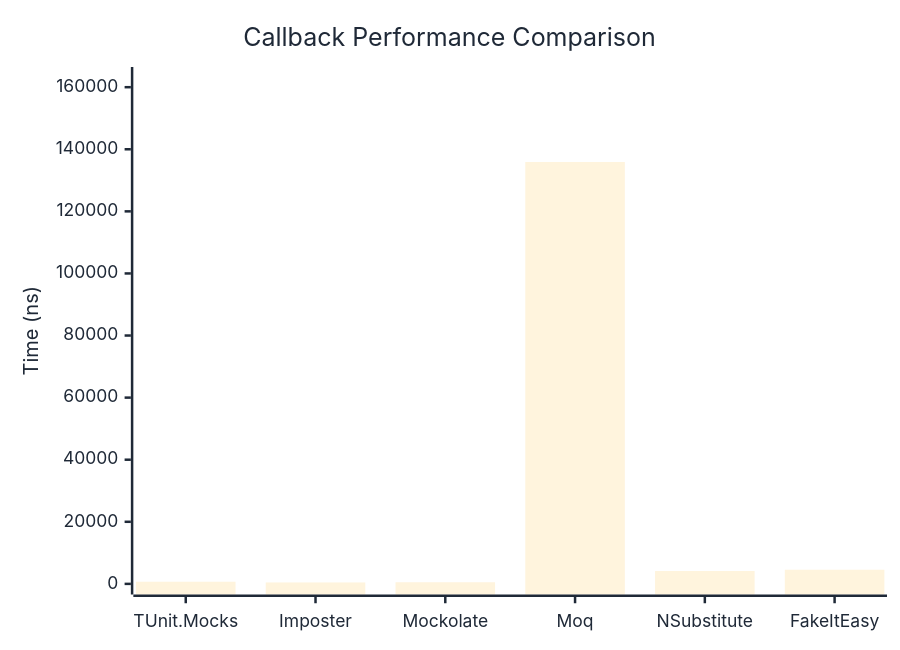
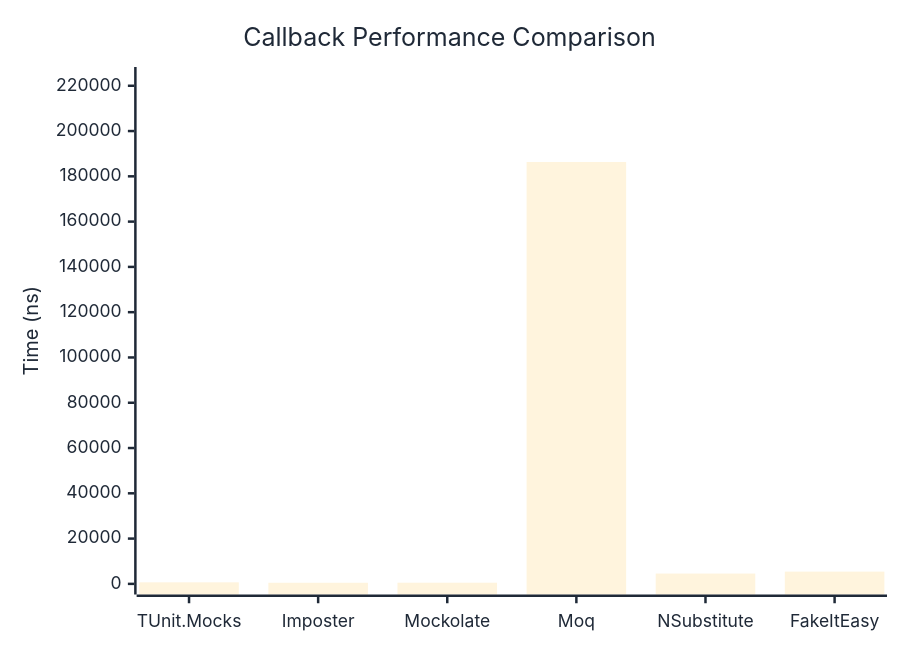
The first of 2 diagrams in docs/docs/benchmarks/mocks/Callback.md (thomhurst/TUnit), drawn with Mermaid before and after one commit. The commit also changed other lines of this file and 14 other files, not shown here.

````diff
--- a/docs/docs/benchmarks/mocks/Callback.md
+++ b/docs/docs/benchmarks/mocks/Callback.md
@@ -28,27 +28,27 @@
 ```mermaid
 %%{init: {
   'theme':'base',
   'themeVariables': {
     'primaryColor': '#2563eb',
     'primaryTextColor': '#1f2937',
     'primaryBorderColor': '#1e40af',
     'lineColor': '#6b7280',
     'secondaryColor': '#7c3aed',
     'tertiaryColor': '#dc2626',
     'background': '#ffffff',
     'pie1': '#2563eb',
     'pie2': '#7c3aed',
     'pie3': '#dc2626',
     'pie4': '#f59e0b',
     'pie5': '#10b981',
     'pie6': '#06b6d4',
     'pie7': '#ec4899',
     'pie8': '#6366f1'
   }
 }}%%
 xychart-beta
   title "Callback Performance Comparison"
   x-axis ["TUnit.Mocks", "Imposter", "Mockolate", "Moq", "NSubstitute", "FakeItEasy"]
-  y-axis "Time (ns)" 0 --> 163081
-  bar [689.5, 459.8, 525.1, 135900.5, 4148.8, 4558.1]
+  y-axis "Time (ns)" 0 --> 223596
+  bar [680.2, 487.3, 523, 186330, 4551.5, 5411.1]
 ```
````
